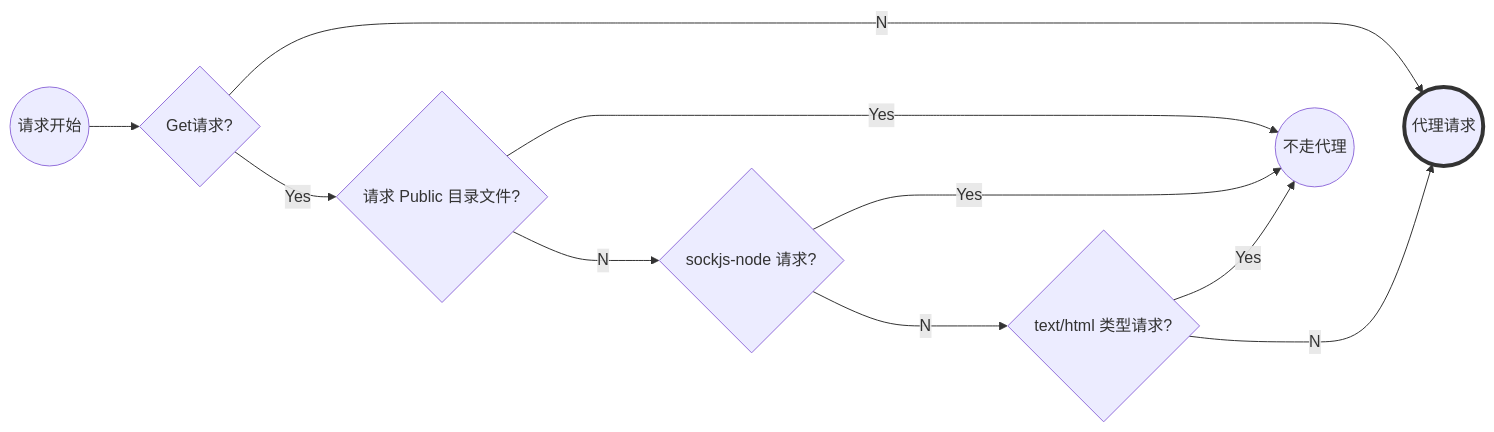
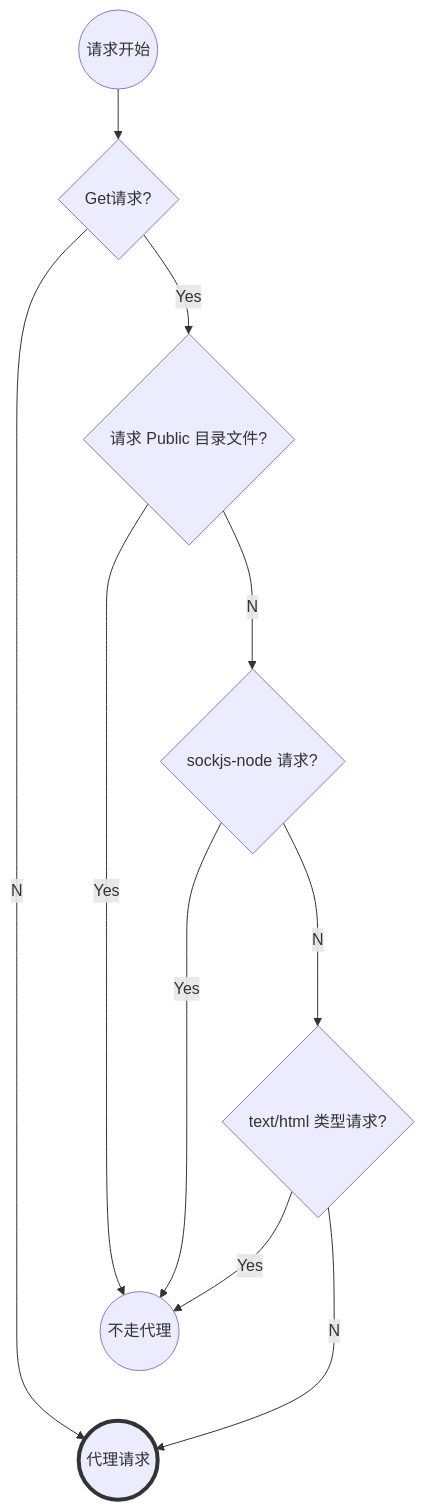
Before and after one commit to lecepin/blog: the diagram in create-react-app 使用代理做 mock.md, drawn with Mermaid. The commit also changed other lines of this file, not shown here.

Commit message:
Update create-react-app 使用代理做 mock.md

````diff
--- a/create-react-app 使用代理做 mock.md
+++ b/create-react-app 使用代理做 mock.md
@@ -24,15 +24,15 @@
 ```mermaid
-graph LR
+graph 
 A((请求开始)) --> B{Get请求?}
 B --No--> C
 B --Yes--> D{请求 Public 目录文件?}
 D --Yes--> E
 D --No--> F{sockjs-node 请求?}
 F --Yes--> E
 F --No--> G{text/html 类型请求?}
 G --Yes--> E
 G --No--> C
 C((代理请求))
 E((不走代理))
 style C stroke:#333,stroke-width:4px
 ```
````
